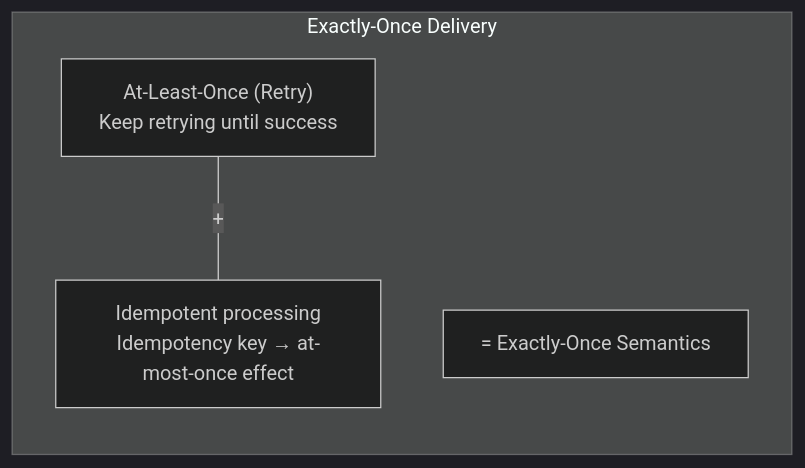
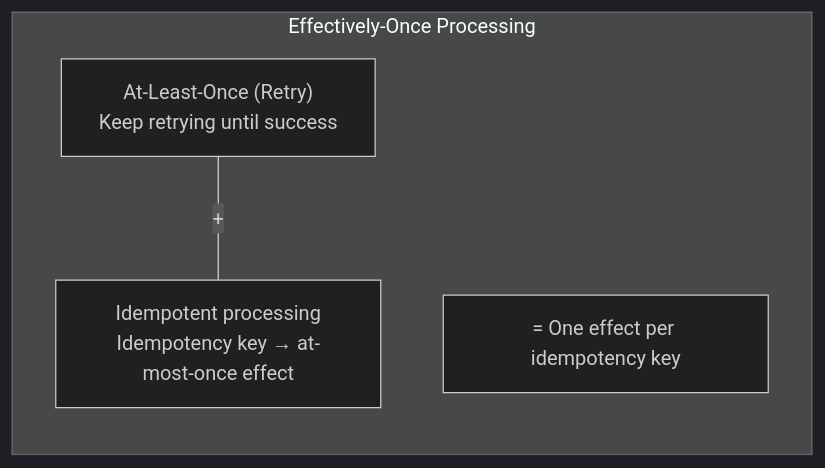
One commit to phuongdinh1411/cses-analyses changed the fourth of 11 diagrams in system_design/design-payment-system.md. Above: the diagram before and after it, drawn with Mermaid (dark theme). The commit also changed other lines of this file and 4 other files, not shown here.

````diff
--- a/system_design/design-payment-system.md
+++ b/system_design/design-payment-system.md
@@ -439,9 +440,9 @@
 ```mermaid
 flowchart LR
-    subgraph ExactlyOnce["Exactly-Once Delivery"]
+    subgraph ExactlyOnce["Effectively-Once Processing"]
         A["At-Least-Once (Retry)<br/>Keep retrying until success"]
         B["Idempotent processing<br/>Idempotency key → at-most-once effect"]
         A ---|+| B
-        Result["= Exactly-Once Semantics"]
+        Result["= One effect per idempotency key"]
     end
 ```
````
